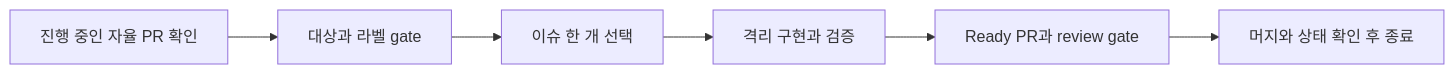
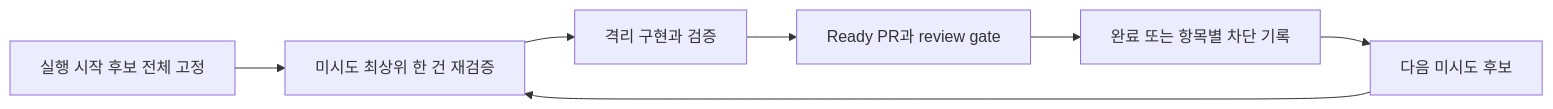
One commit to seorilabs/.github changed the diagram in docs/agent-governance/autonomous-issue-routine.md. Above: the diagram before and after it, drawn with Mermaid. The commit also changed other lines of this file and 5 other files, not shown here.

````diff
--- a/docs/agent-governance/autonomous-issue-routine.md
+++ b/docs/agent-governance/autonomous-issue-routine.md
@@ -25,8 +27,9 @@
 ```mermaid
 flowchart LR
-  A["진행 중인 자율 PR 확인"] --> B["대상과 라벨 gate"]
-  B --> C["이슈 한 개 선택"]
-  C --> D["격리 구현과 검증"]
-  D --> E["Ready PR과 review gate"]
-  E --> F["머지와 상태 확인 후 종료"]
+  A["실행 시작 후보 전체 고정"] --> B["미시도 최상위 한 건 재검증"]
+  B --> C["격리 구현과 검증"]
+  C --> D["Ready PR과 review gate"]
+  D --> E["완료 또는 항목별 차단 기록"]
+  E --> F["다음 미시도 후보"]
+  F --> B
 ```
````
